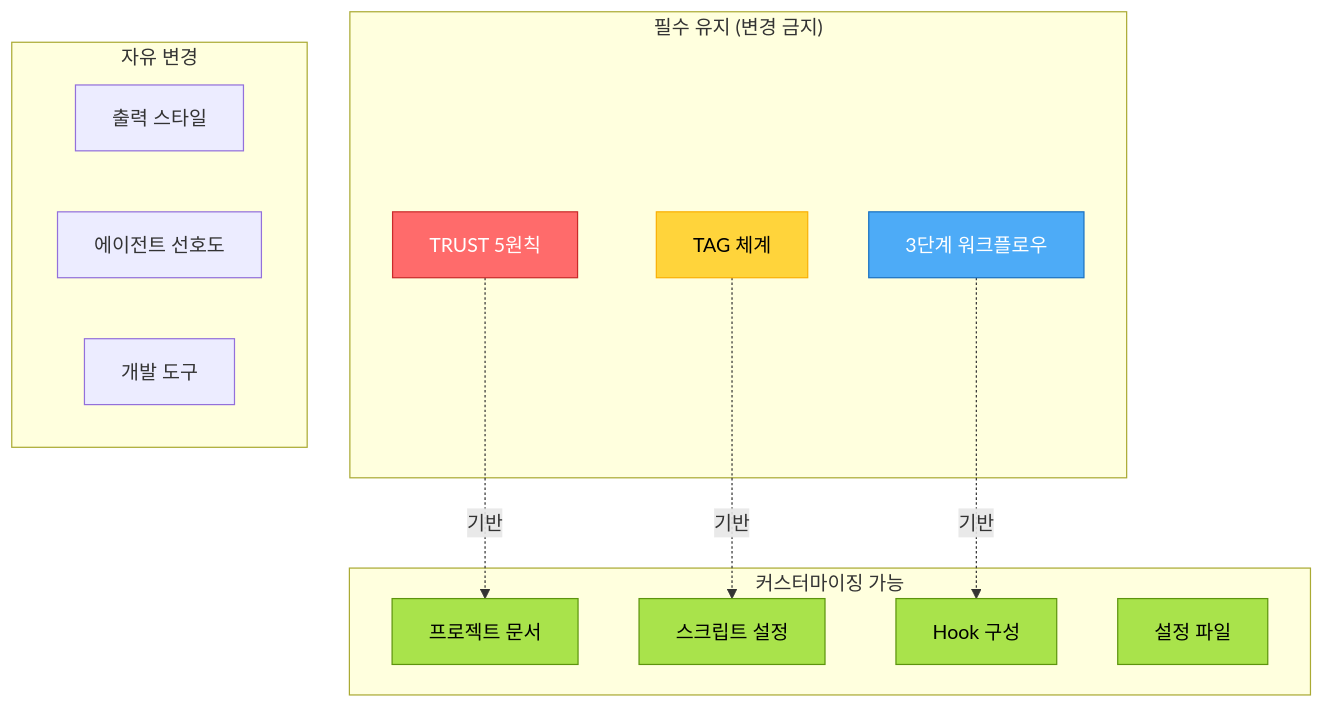
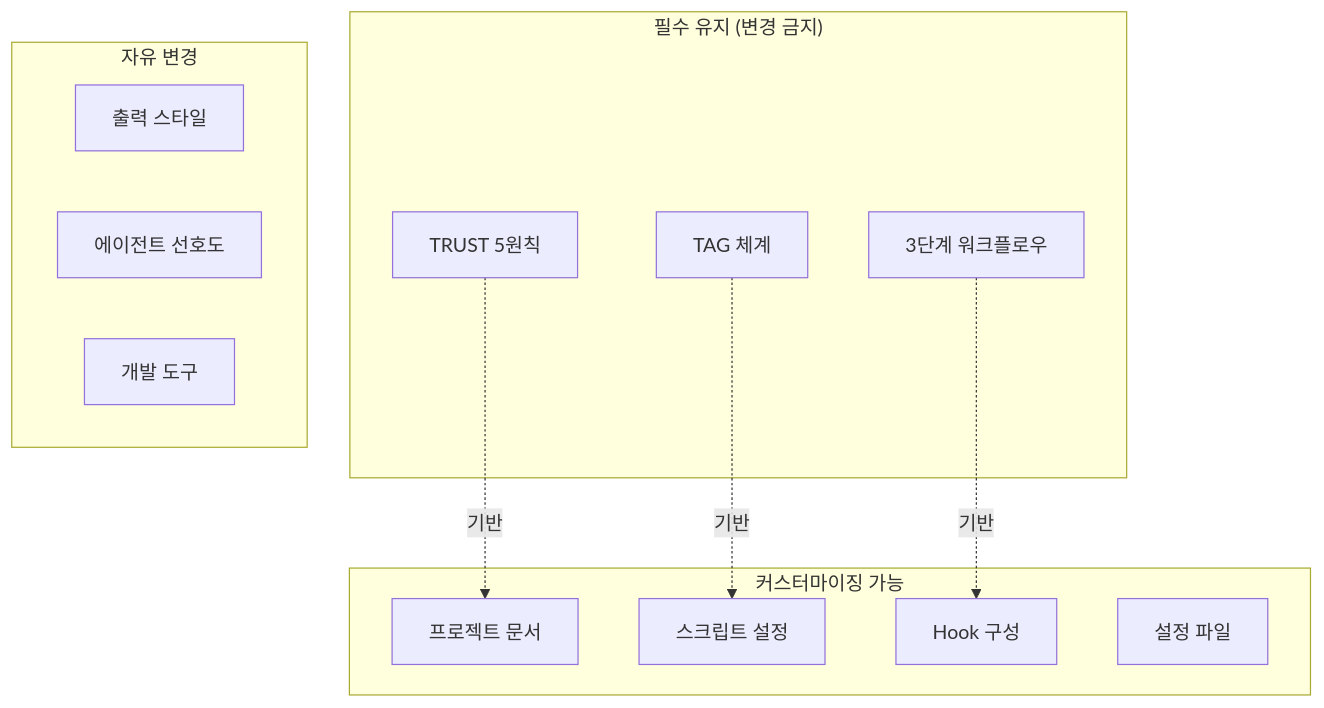
Before and after one commit to modu-ai/moai-adk: the diagram in docs/advanced/template-customization.md, drawn with Mermaid. The commit also changed 299 other files, not shown here.

First line of the commit message:
🎨 feat: Mermaid 다크/라이트 테마 대응 + trust-checker 통합

````diff
--- a/docs/advanced/template-customization.md
+++ b/docs/advanced/template-customization.md
@@ -22,33 +22,26 @@
 ```mermaid
 graph TB
     subgraph "필수 유지 (변경 금지)"
         A[TRUST 5원칙]
         B[TAG 체계]
         C[3단계 워크플로우]
     end
 
     subgraph "커스터마이징 가능"
         D[프로젝트 문서]
         E[스크립트 설정]
         F[Hook 구성]
         G[설정 파일]
     end
 
     subgraph "자유 변경"
         H[출력 스타일]
         I[에이전트 선호도]
         J[개발 도구]
     end
 
     A -.->|기반| D
     B -.->|기반| E
     C -.->|기반| F
 
-    style A fill:#ff6b6b,stroke:#c92a2a,color:#fff
-    style B fill:#ffd43b,stroke:#fab005,color:#000
-    style C fill:#4dabf7,stroke:#1971c2,color:#fff
-    style D fill:#a9e34b,stroke:#5c940d,color:#000
-    style E fill:#a9e34b,stroke:#5c940d,color:#000
-    style F fill:#a9e34b,stroke:#5c940d,color:#000
-    style G fill:#a9e34b,stroke:#5c940d,color:#000
 ```
````
